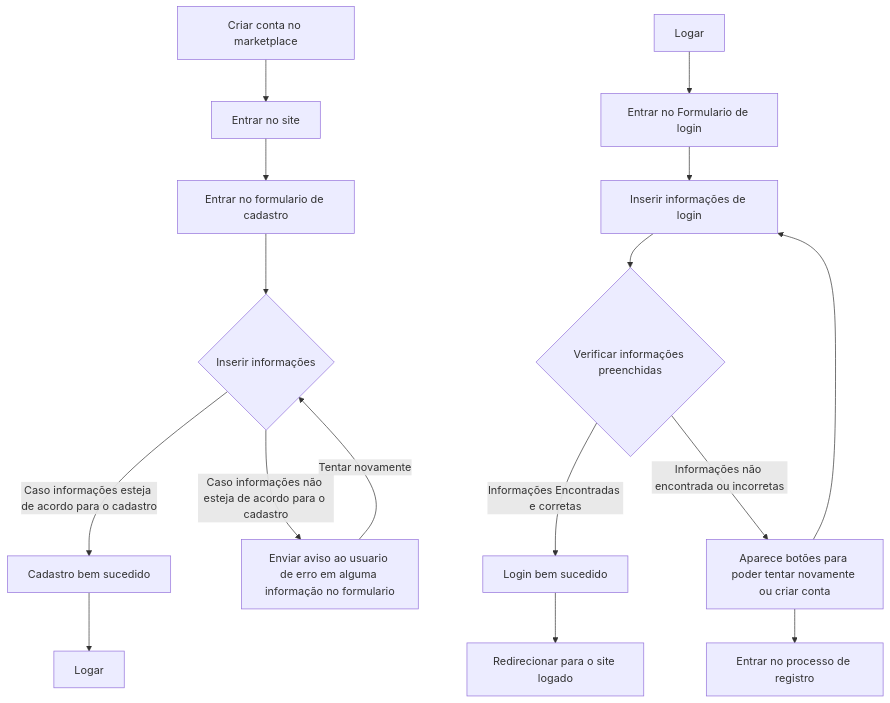
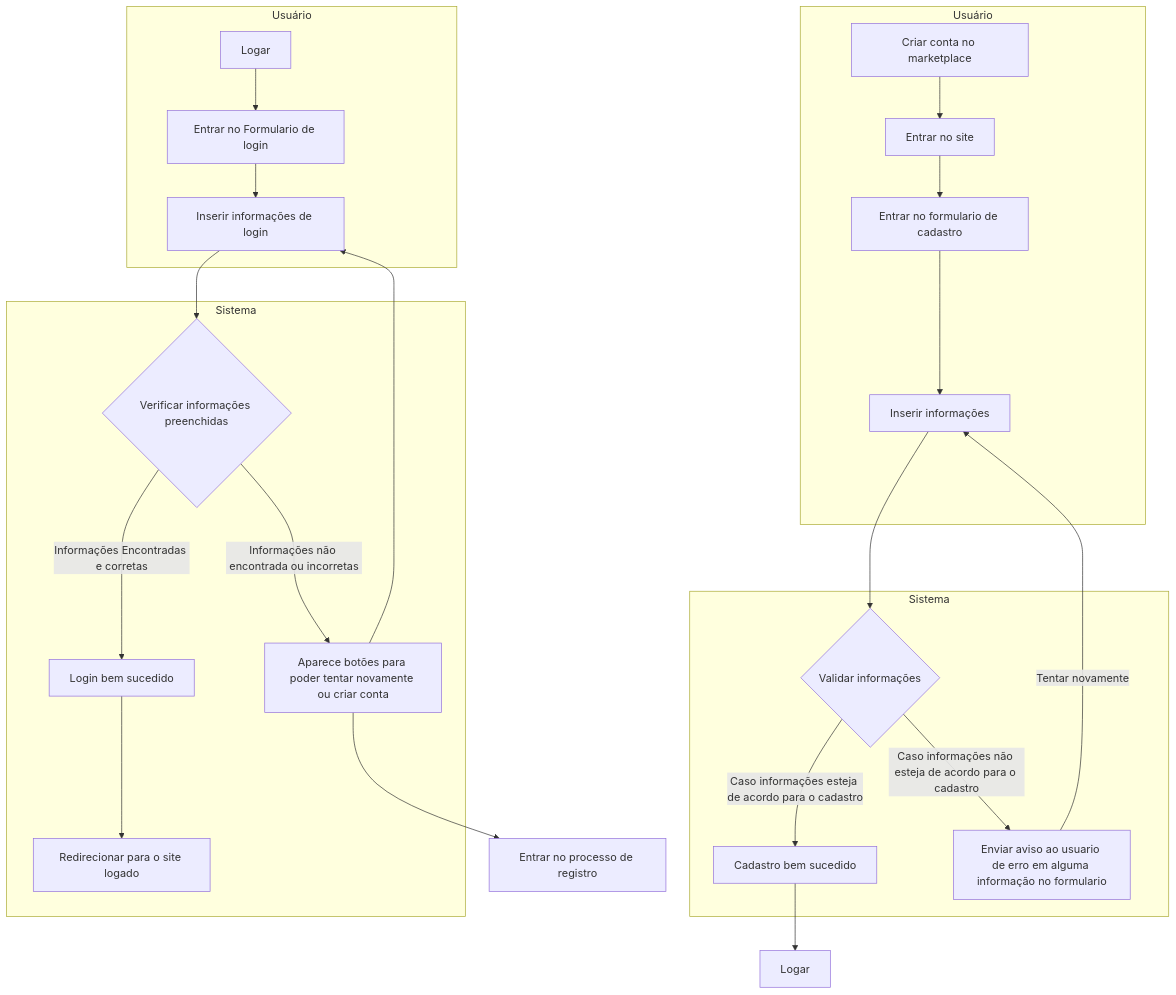
Before and after one commit to giovanni1351/EngenhariaDeSoftwareProjeto: the first of 7 diagrams in README.md, drawn with Mermaid. The commit also changed other lines of this file, not shown here.

````diff
--- a/README.md
+++ b/README.md
@@ -67,19 +74,32 @@
 ```mermaid
 graph TD;
-    A[Criar conta no marketplace]-->B[Entrar no site];
-    B-->C[Entrar no formulario de cadastro];
-    C-->D{Inserir informações};
-    D-->|Caso informações esteja de acordo para o cadastro|E[Cadastro bem sucedido];
-    D-->|Caso informações não esteja de acordo para o cadastro|G[Enviar aviso ao usuario de erro em alguma informação no formulario];
-    G-->|Tentar novamente|D;
+    subgraph Usuario["Usuário"]
+        A[Criar conta no marketplace]-->B[Entrar no site];
+        B-->C[Entrar no formulario de cadastro];
+        C --> InfosInseridas[Inserir informações]
+    end
+    
+    subgraph Sistema["Sistema"]
+        InfosInseridas-->D{Validar informações};
+        D-->|Caso informações esteja de acordo para o cadastro|E[Cadastro bem sucedido];
+        D-->|Caso informações não esteja de acordo para o cadastro|G[Enviar aviso ao usuario de erro em alguma informação no formulario];
+    end
+    
+    G-->|Tentar novamente|InfosInseridas;
     E-->F[Logar];
 
-    Logar[Logar]--> EntrarForm[Entrar no Formulario de login];
-    EntrarForm --> InserirInfos[Inserir informações de login];
-    InserirInfos --> Verifica{Verificar informações preenchidas};
-    Verifica --> |Informações Encontradas e corretas| LogarCorreto[Login bem sucedido]
-    LogarCorreto--> Redirect[Redirecionar para o site logado]
-    Verifica --> |Informações não encontrada ou incorretas| MensagemDeErroLogin[Aparece botões para poder tentar novamente ou criar conta]
+    subgraph UsuarioLogin["Usuário"]
+        Logar[Logar]--> EntrarForm[Entrar no Formulario de login];
+        EntrarForm --> InserirInfos[Inserir informações de login];
+    end
+    
+    subgraph SistemaLogin["Sistema"]
+        InserirInfos --> Verifica{Verificar informações preenchidas};
+        Verifica --> |Informações Encontradas e corretas| LogarCorreto[Login bem sucedido]
+        LogarCorreto--> Redirect[Redirecionar para o site logado]
+        Verifica --> |Informações não encontrada ou incorretas| MensagemDeErroLogin[Aparece botões para poder tentar novamente ou criar conta]
+    end
+    
     MensagemDeErroLogin-->InserirInfos;
     MensagemDeErroLogin-->RedirectRegistro[Entrar no processo de registro];
 ```
````
